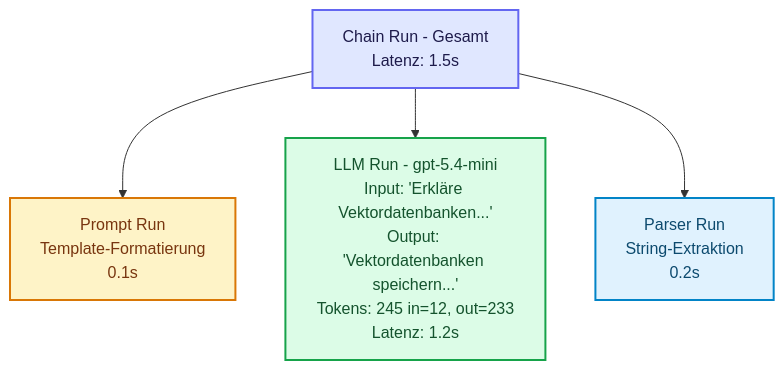
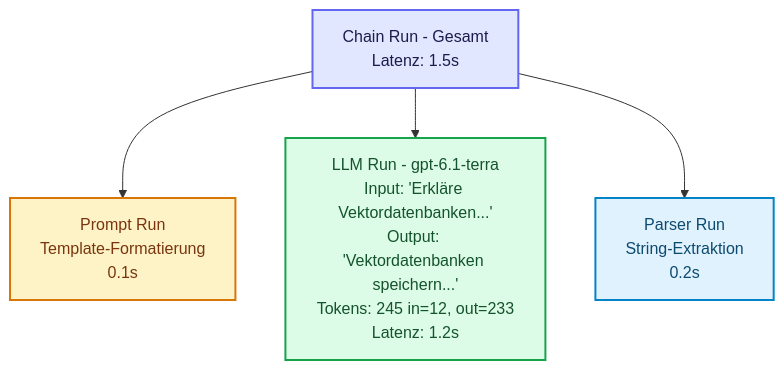
Before and after one commit to ralf-42/Agenten: the third of 5 diagrams in docs/05-frameworks/einsteiger-langsmith.md, drawn with Mermaid. The commit also changed other lines of this file and 19 other files, not shown here.

````diff
--- a/docs/05-frameworks/einsteiger-langsmith.md
+++ b/docs/05-frameworks/einsteiger-langsmith.md
@@ -244,19 +244,19 @@
 ```mermaid
 graph TB
     CHAIN[Chain Run - Gesamt<br/>Latenz: 1.5s]
     PROMPT[Prompt Run<br/>Template-Formatierung<br/>0.1s]
-    LLM[LLM Run - gpt-5.4-mini<br/>Input: 'Erkläre Vektordatenbanken...'<br/>Output: 'Vektordatenbanken speichern...'<br/>Tokens: 245 in=12, out=233<br/>Latenz: 1.2s]
+    LLM[LLM Run - gpt-6.1-terra<br/>Input: 'Erkläre Vektordatenbanken...'<br/>Output: 'Vektordatenbanken speichern...'<br/>Tokens: 245 in=12, out=233<br/>Latenz: 1.2s]
     PARSER[Parser Run<br/>String-Extraktion<br/>0.2s]
 
     CHAIN --> PROMPT
     CHAIN --> LLM
     CHAIN --> PARSER
 
     classDef default fill:#e0f2fe,stroke:#0284c7,stroke-width:2px,color:#0c4a6e;
     classDef input fill:#e0e7ff,stroke:#6366f1,stroke-width:2px,color:#1e1b4b;
     classDef metric fill:#fef3c7,stroke:#d97706,stroke-width:2px,color:#78350f;
     classDef output fill:#dcfce7,stroke:#16a34a,stroke-width:2px,color:#14532d;
     class CHAIN input;
     class PROMPT metric;
     class LLM output;
 ```
````
